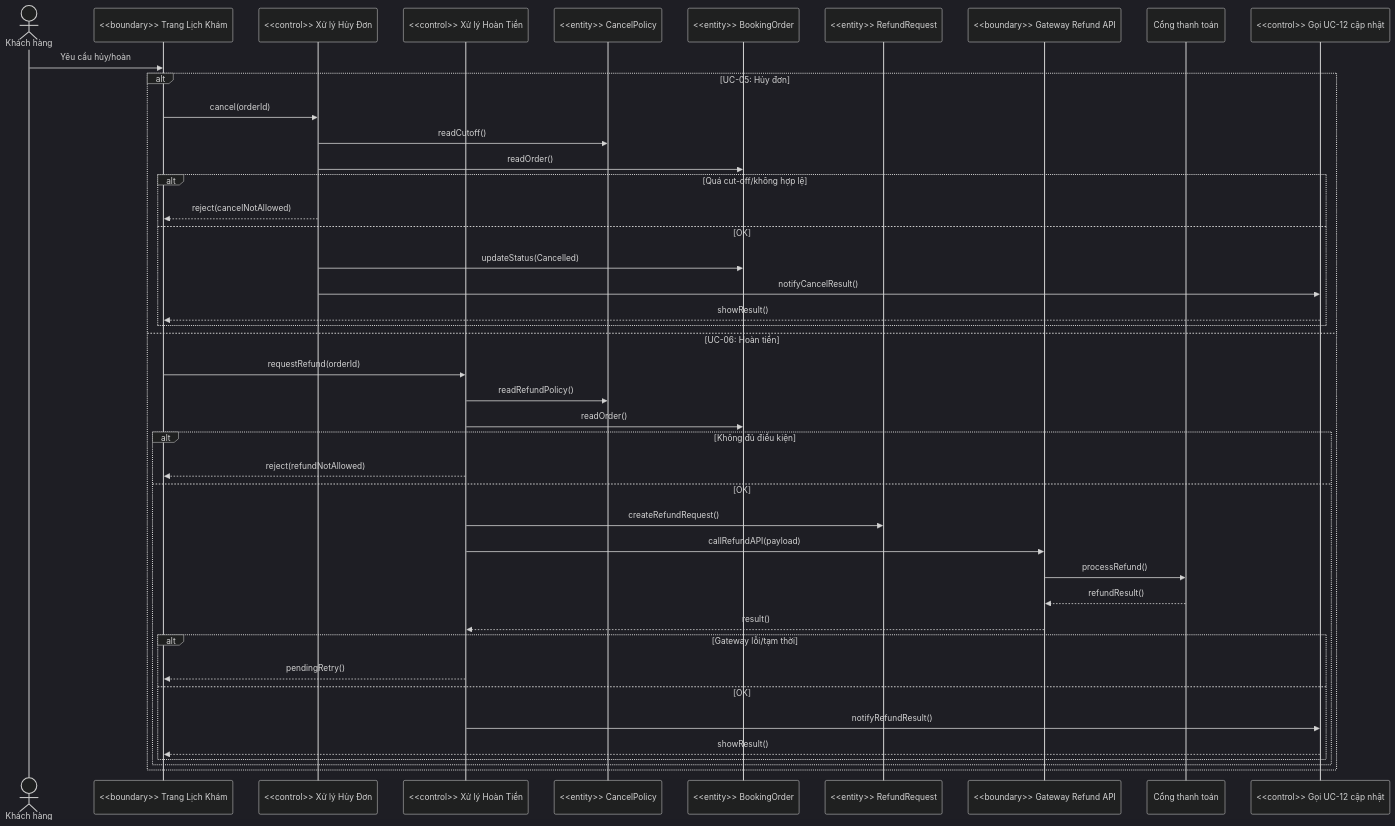
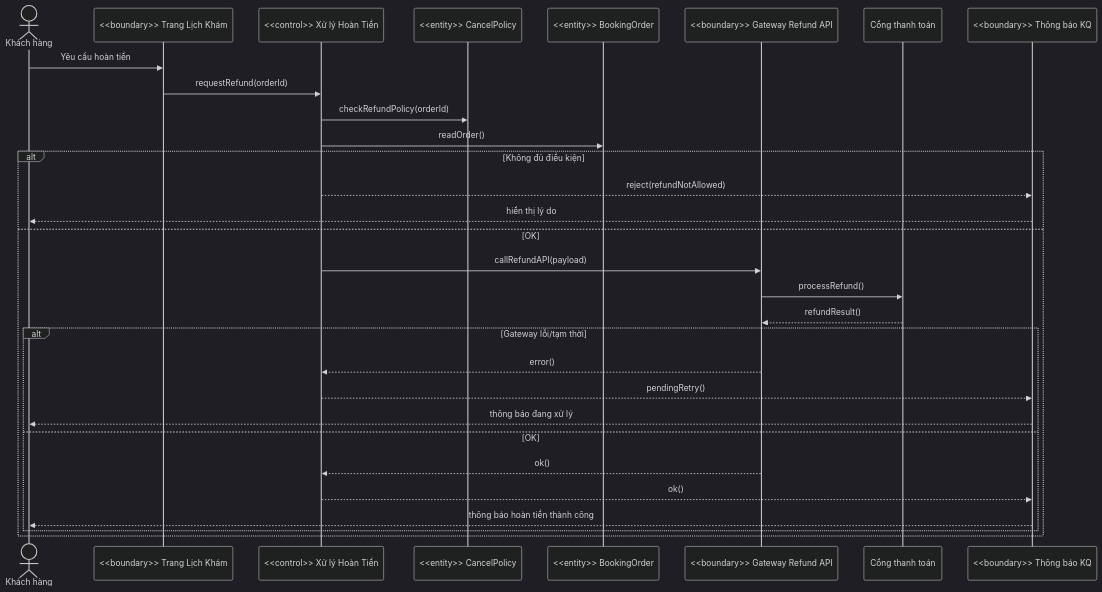
Before and after one commit to qhun22/qq: the tenth of 16 diagrams in README.md, drawn with Mermaid (dark theme). The commit also changed other lines of this file, not shown here.

````diff
--- a/README.md
+++ b/README.md
@@ -295,48 +331,33 @@
 ```mermaid
 sequenceDiagram
   actor CUS as Khách hàng
   participant ORD_UI as <<boundary>> Trang Lịch Khám
-  participant CANCEL as <<control>> Xử lý Hủy Đơn
   participant REFUND as <<control>> Xử lý Hoàn Tiền
   participant POL as <<entity>> CancelPolicy
   participant ORD as <<entity>> BookingOrder
-  participant REF as <<entity>> RefundRequest
   participant GW as <<boundary>> Gateway Refund API
   participant PAYG as Cổng thanh toán
-  participant UC12 as <<control>> Gọi UC-12 cập nhật
+  participant NOTICE as <<boundary>> Thông báo KQ
 
-  CUS->>ORD_UI: Yêu cầu hủy/hoàn
-
-  alt UC-05: Hủy đơn
-    ORD_UI->>CANCEL: cancel(orderId)
-    CANCEL->>POL: readCutoff()
-    CANCEL->>ORD: readOrder()
-    alt Quá cut-off/không hợp lệ
-      CANCEL-->>ORD_UI: reject(cancelNotAllowed)
+  CUS->>ORD_UI: Yêu cầu hoàn tiền
+  ORD_UI->>REFUND: requestRefund(orderId)
+  REFUND->>POL: checkRefundPolicy(orderId)
+  REFUND->>ORD: readOrder()
+  alt Không đủ điều kiện
+    REFUND-->>NOTICE: reject(refundNotAllowed)
+    NOTICE-->>CUS: hiển thị lý do
+  else OK
+    REFUND->>GW: callRefundAPI(payload)
+    GW->>PAYG: processRefund()
+    PAYG-->>GW: refundResult()
+    alt Gateway lỗi/tạm thời
+      GW-->>REFUND: error()
+      REFUND-->>NOTICE: pendingRetry()
+      NOTICE-->>CUS: thông báo đang xử lý
     else OK
-      CANCEL->>ORD: updateStatus(Cancelled)
-      CANCEL->>UC12: notifyCancelResult()
-      UC12-->>ORD_UI: showResult()
-    end
-
-  else UC-06: Hoàn tiền
-    ORD_UI->>REFUND: requestRefund(orderId)
-    REFUND->>POL: readRefundPolicy()
-    REFUND->>ORD: readOrder()
-    alt Không đủ điều kiện
-      REFUND-->>ORD_UI: reject(refundNotAllowed)
-    else OK
-      REFUND->>REF: createRefundRequest()
-      REFUND->>GW: callRefundAPI(payload)
-      GW->>PAYG: processRefund()
-      PAYG-->>GW: refundResult()
-      GW-->>REFUND: result()
-      alt Gateway lỗi/tạm thời
-        REFUND-->>ORD_UI: pendingRetry()
-      else OK
-        REFUND->>UC12: notifyRefundResult()
-        UC12-->>ORD_UI: showResult()
-      end
+      GW-->>REFUND: ok()
+      REFUND-->>NOTICE: ok()
+      NOTICE-->>CUS: thông báo hoàn tiền thành công
     end
   end
 ```
````
